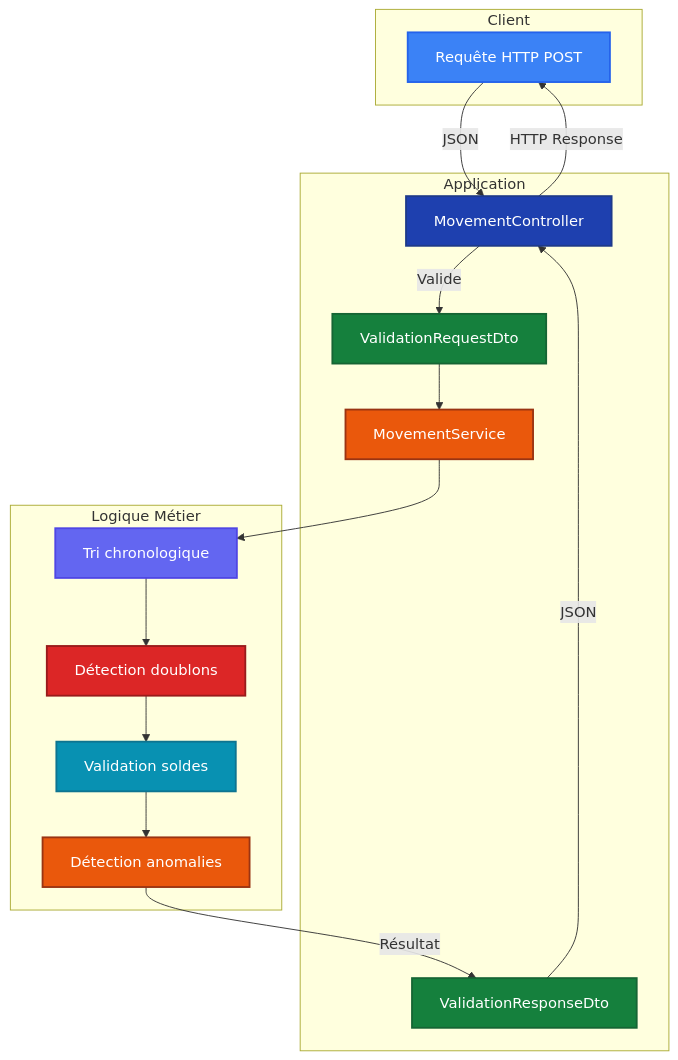
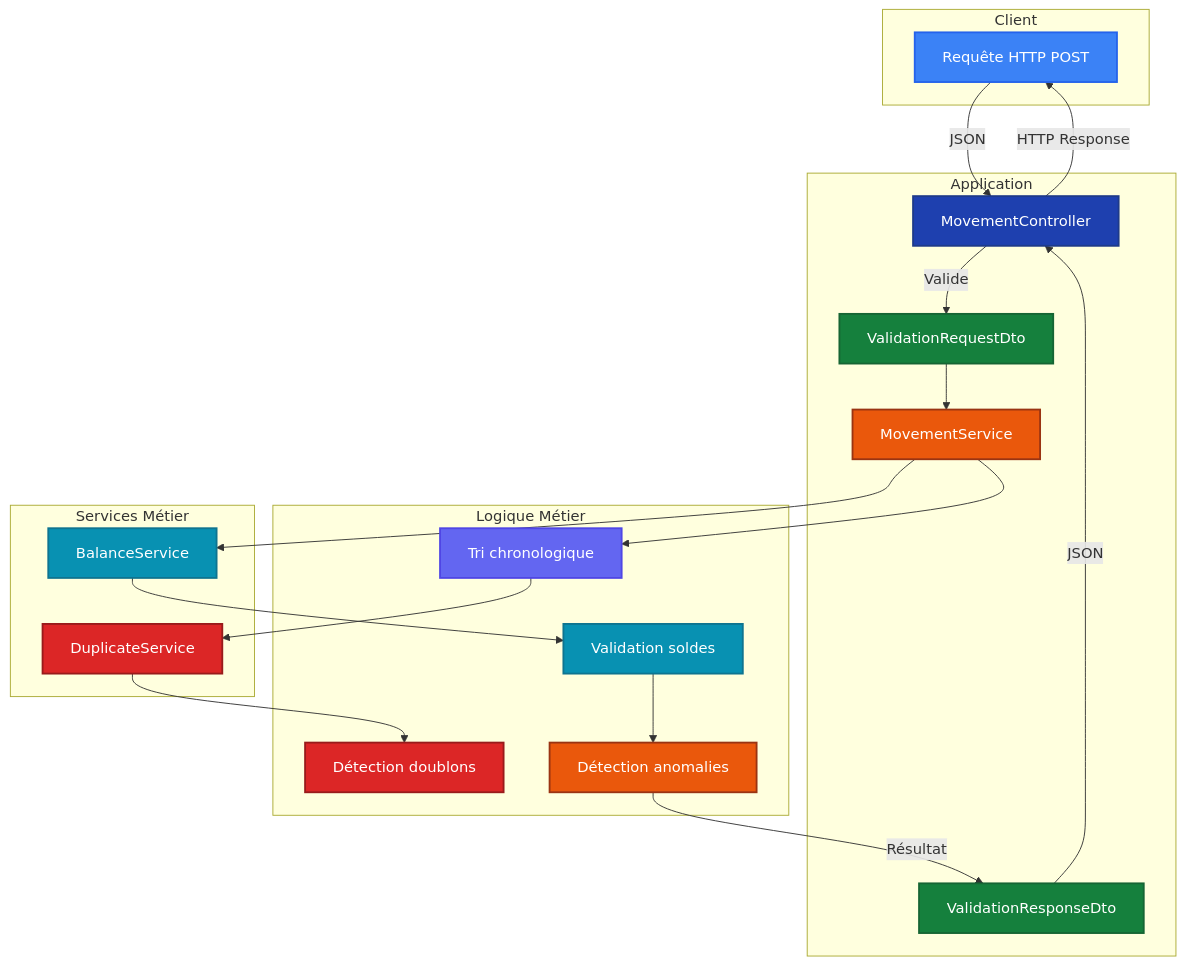
One commit to gobwah/dougs-test-app changed the sixth of 13 diagrams in documentation/ANALYSE.md. Above: the diagram before and after it, drawn with Mermaid. The commit also changed other lines of this file, not shown here.

First line of the commit message:
Refactor documentation structure and enhance duplicate detection algorithms

````diff
--- a/documentation/ANALYSE.md
+++ b/documentation/ANALYSE.md
@@ -386,41 +409,50 @@
 ```mermaid
 graph TB
     subgraph "Client"
         A[Requête HTTP POST]
     end
 
     subgraph "Application"
         B[MovementController]
         C[MovementService]
         D[ValidationRequestDto]
         E[ValidationResponseDto]
     end
 
+    subgraph "Services Métier"
+        F[DuplicateService]
+        G[BalanceService]
+    end
+
     subgraph "Logique Métier"
-        F[Tri chronologique]
-        G[Détection doublons]
-        H[Validation soldes]
-        I[Détection anomalies]
+        H[Tri chronologique]
+        I[Détection doublons]
+        J[Validation soldes]
+        K[Détection anomalies]
     end
 
     A -->|JSON| B
     B -->|Valide| D
     D --> C
-    C --> F
-    F --> G
-    G --> H
-    H --> I
-    I -->|Résultat| E
+    C --> H
+    H --> F
+    F --> I
+    C --> G
+    G --> J
+    J --> K
+    K -->|Résultat| E
     E -->|JSON| B
     B -->|HTTP Response| A
 
     style A fill:#3b82f6,stroke:#2563eb,stroke-width:2px,color:#ffffff
     style B fill:#1e40af,stroke:#1e3a8a,stroke-width:2px,color:#ffffff
     style C fill:#ea580c,stroke:#9a3412,stroke-width:2px,color:#ffffff
     style D fill:#15803d,stroke:#166534,stroke-width:2px,color:#ffffff
     style E fill:#15803d,stroke:#166534,stroke-width:2px,color:#ffffff
-    style F fill:#6366f1,stroke:#4f46e5,stroke-width:2px,color:#ffffff
-    style G fill:#dc2626,stroke:#991b1b,stroke-width:2px,color:#ffffff
-    style H fill:#0891b2,stroke:#0e7490,stroke-width:2px,color:#ffffff
-    style I fill:#ea580c,stroke:#9a3412,stroke-width:2px,color:#ffffff
+    style F fill:#dc2626,stroke:#991b1b,stroke-width:2px,color:#ffffff
+    style G fill:#0891b2,stroke:#0e7490,stroke-width:2px,color:#ffffff
+    style H fill:#6366f1,stroke:#4f46e5,stroke-width:2px,color:#ffffff
+    style I fill:#dc2626,stroke:#991b1b,stroke-width:2px,color:#ffffff
+    style J fill:#0891b2,stroke:#0e7490,stroke-width:2px,color:#ffffff
+    style K fill:#ea580c,stroke:#9a3412,stroke-width:2px,color:#ffffff
 ```
````
